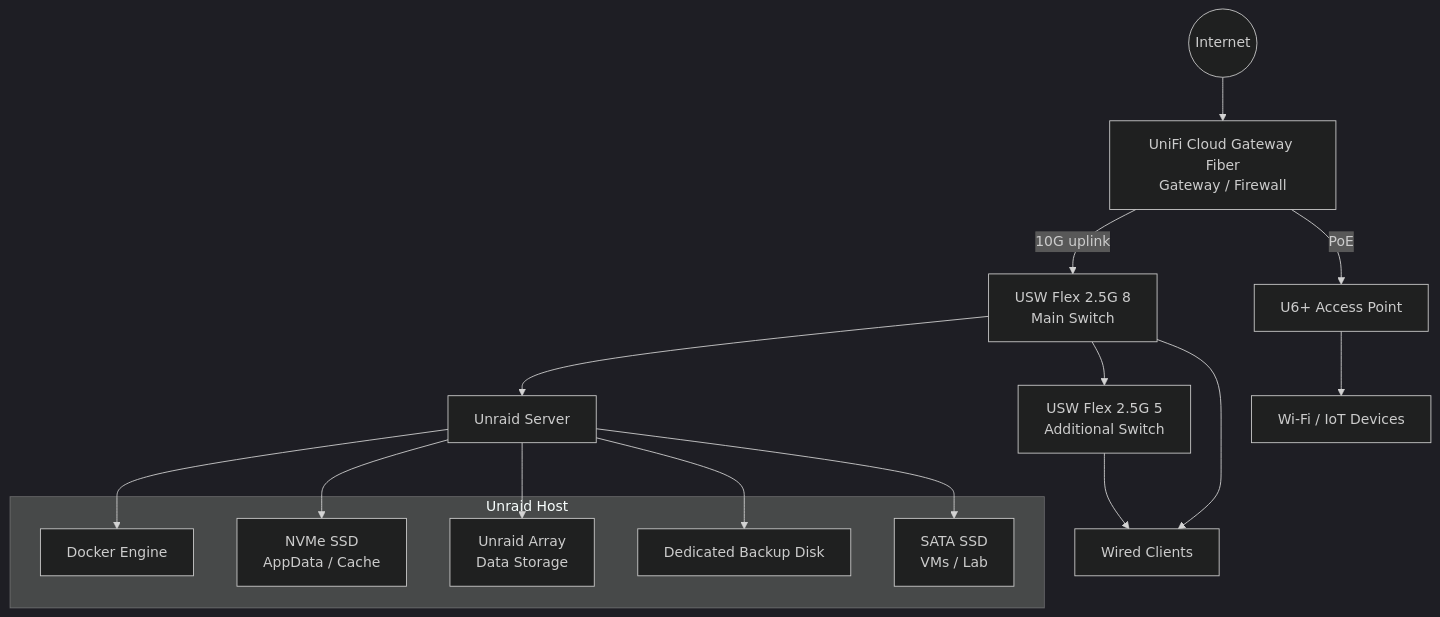
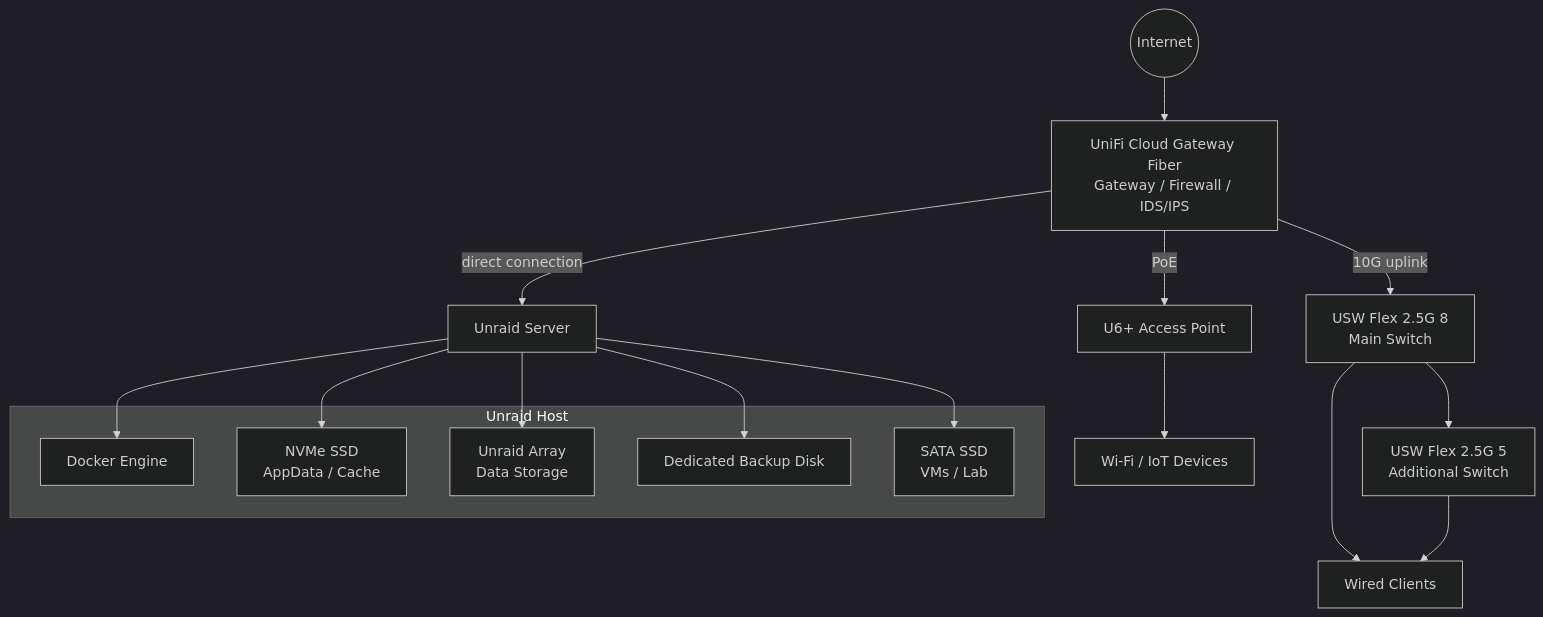
The diagram in docs/architecture.md (ThomasMann2001/HeimServer-Projekt), drawn with Mermaid (dark theme) before and after one commit. The commit also changed other lines of this file, not shown here.

First line of the commit message:
Update architecture.md for improved clarity and structure

````diff
--- a/docs/architecture.md
+++ b/docs/architecture.md
@@ -25,34 +29,34 @@
 ```mermaid
 flowchart TD
     Internet((Internet))
-    UCG["UniFi Cloud Gateway Fiber<br>Gateway / Firewall"]
-    Flex8["USW Flex 2.5G 8<br>Main Switch"]
-    Flex5["USW Flex 2.5G 5<br>Additional Switch"]
+    UCG["UniFi Cloud Gateway Fiber<br/>Gateway / Firewall / IDS/IPS"]
+    Flex8["USW Flex 2.5G 8<br/>Main Switch"]
+    Flex5["USW Flex 2.5G 5<br/>Additional Switch"]
     AP["U6+ Access Point"]
     Unraid["Unraid Server"]
     WiredClients["Wired Clients"]
     WiFiClients["Wi-Fi / IoT Devices"]
 
     Internet --> UCG
+    UCG -->|"direct connection"| Unraid
     UCG -->|"10G uplink"| Flex8
     UCG -->|"PoE"| AP
-    Flex8 --> Unraid
     Flex8 --> Flex5
     Flex8 --> WiredClients
     Flex5 --> WiredClients
     AP --> WiFiClients
 
     subgraph UnraidHost["Unraid Host"]
         Docker["Docker Engine"]
-        Cache["NVMe SSD<br>AppData / Cache"]
-        ArrayStorage["Unraid Array<br>Data Storage"]
+        Cache["NVMe SSD<br/>AppData / Cache"]
+        ArrayStorage["Unraid Array<br/>Data Storage"]
         BackupDisk["Dedicated Backup Disk"]
-        LabSSD["SATA SSD<br>VMs / Lab"]
+        LabSSD["SATA SSD<br/>VMs / Lab"]
     end
 
     Unraid --> Docker
     Unraid --> Cache
     Unraid --> ArrayStorage
     Unraid --> BackupDisk
     Unraid --> LabSSD
 ```
````
